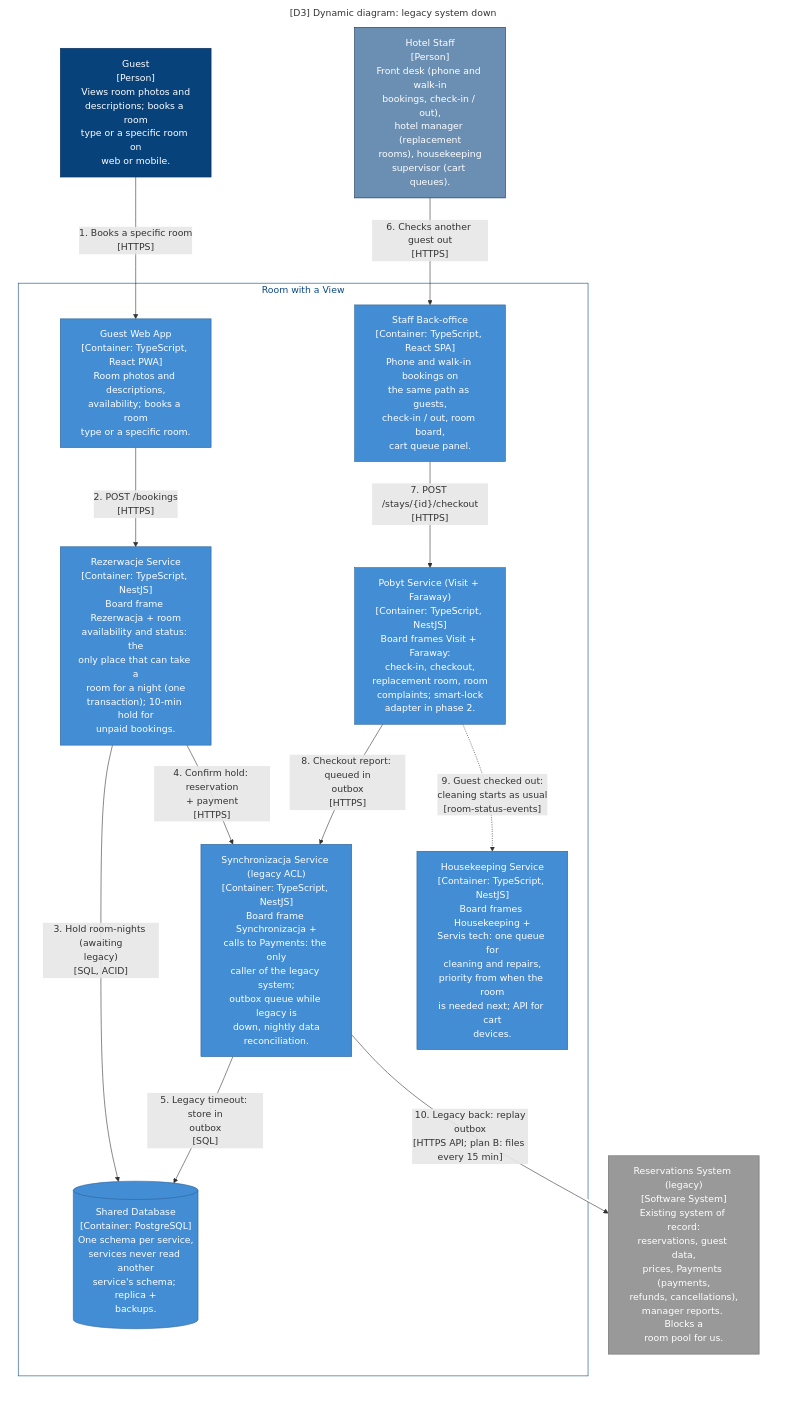
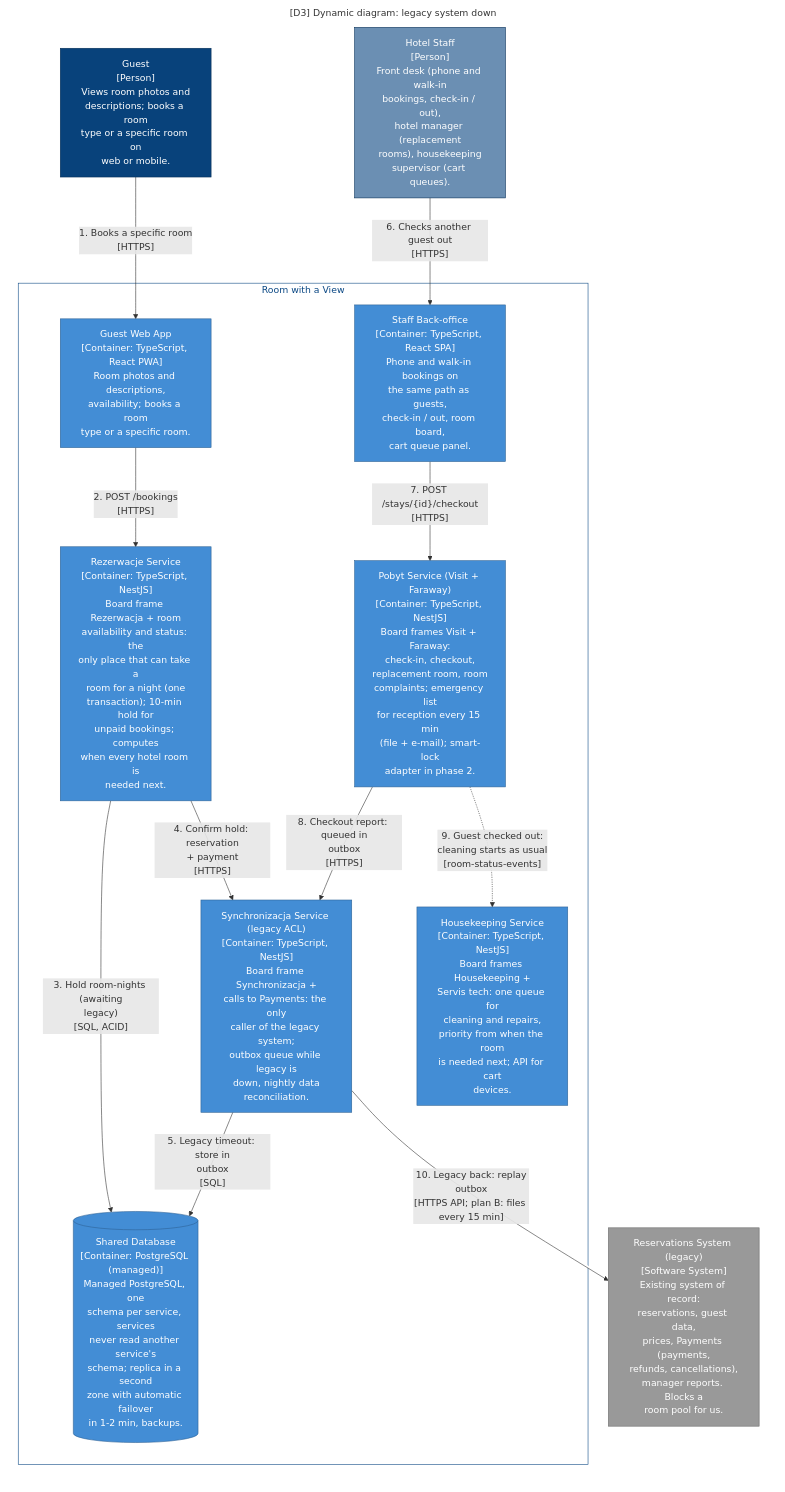
The diagram in zadanie/c4/out/mermaid-plain/D3-LegacyDown.mmd (patrykkarny/Kata-workshopAI), drawn with Mermaid before and after one commit. The commit also changed 21 other files, not shown here.

```diff
--- a/zadanie/c4/out/mermaid-plain/D3-LegacyDown.mmd
+++ b/zadanie/c4/out/mermaid-plain/D3-LegacyDown.mmd
@@ -1,44 +1,44 @@
 graph LR
   linkStyle default fill:#ffffff
 
   subgraph diagram ["[D3] Dynamic diagram: legacy system down"]
     style diagram fill:#ffffff,stroke:#ffffff
 
     subgraph 4 ["Room with a View"]
       style 4 fill:#ffffff,stroke:#0b4884,color:#0b4884
 
-      10["Pobyt Service (Visit + Faraway)<br/>[Container: TypeScript, NestJS]<br/>Board frames Visit + Faraway:<br/>check-in, checkout,<br/>replacement room, room<br/>complaints; smart-lock<br/>adapter in phase 2."]
+      10["Pobyt Service (Visit + Faraway)<br/>[Container: TypeScript, NestJS]<br/>Board frames Visit + Faraway:<br/>check-in, checkout,<br/>replacement room, room<br/>complaints; emergency list<br/>for reception every 15 min<br/>(file + e-mail); smart-lock<br/>adapter in phase 2."]
       style 10 fill:#438dd5,stroke:#2e6295,color:#ffffff
       11["Synchronizacja Service (legacy ACL)<br/>[Container: TypeScript, NestJS]<br/>Board frame Synchronizacja +<br/>calls to Payments: the only<br/>caller of the legacy system;<br/>outbox queue while legacy is<br/>down, nightly data<br/>reconciliation."]
       style 11 fill:#438dd5,stroke:#2e6295,color:#ffffff
-      13[("Shared Database<br/>[Container: PostgreSQL]<br/>One schema per service,<br/>services never read another<br/>service's schema; replica +<br/>backups.")]
+      13[("Shared Database<br/>[Container: PostgreSQL (managed)]<br/>Managed PostgreSQL, one<br/>schema per service, services<br/>never read another service's<br/>schema; replica in a second<br/>zone with automatic failover<br/>in 1-2 min, backups.")]
       style 13 fill:#438dd5,stroke:#2e6295,color:#ffffff
       5["Guest Web App<br/>[Container: TypeScript, React PWA]<br/>Room photos and descriptions,<br/>availability; books a room<br/>type or a specific room."]
       style 5 fill:#438dd5,stroke:#2e6295,color:#ffffff
       6["Staff Back-office<br/>[Container: TypeScript, React SPA]<br/>Phone and walk-in bookings on<br/>the same path as guests,<br/>check-in / out, room board,<br/>cart queue panel."]
       style 6 fill:#438dd5,stroke:#2e6295,color:#ffffff
-      8["Rezerwacje Service<br/>[Container: TypeScript, NestJS]<br/>Board frame Rezerwacja + room<br/>availability and status: the<br/>only place that can take a<br/>room for a night (one<br/>transaction); 10-min hold for<br/>unpaid bookings."]
+      8["Rezerwacje Service<br/>[Container: TypeScript, NestJS]<br/>Board frame Rezerwacja + room<br/>availability and status: the<br/>only place that can take a<br/>room for a night (one<br/>transaction); 10-min hold for<br/>unpaid bookings; computes<br/>when every hotel room is<br/>needed next."]
       style 8 fill:#438dd5,stroke:#2e6295,color:#ffffff
       9["Housekeeping Service<br/>[Container: TypeScript, NestJS]<br/>Board frames Housekeeping +<br/>Servis tech: one queue for<br/>cleaning and repairs,<br/>priority from when the room<br/>is needed next; API for cart<br/>devices."]
       style 9 fill:#438dd5,stroke:#2e6295,color:#ffffff
     end
 
     1["Guest<br/>[Person]<br/>Views room photos and<br/>descriptions; books a room<br/>type or a specific room on<br/>web or mobile."]
     style 1 fill:#08427b,stroke:#052e56,color:#ffffff
     2["Hotel Staff<br/>[Person]<br/>Front desk (phone and walk-in<br/>bookings, check-in / out),<br/>hotel manager (replacement<br/>rooms), housekeeping<br/>supervisor (cart queues)."]
     style 2 fill:#6b8fb3,stroke:#052e56,color:#ffffff
     15["Reservations System (legacy)<br/>[Software System]<br/>Existing system of record:<br/>reservations, guest data,<br/>prices, Payments (payments,<br/>refunds, cancellations),<br/>manager reports. Blocks a<br/>room pool for us."]
     style 15 fill:#999999,stroke:#6b6b6b,color:#ffffff
 
     1-- "1. Books a specific room<br/>[HTTPS]" -->5
     5-- "2. POST /bookings<br/>[HTTPS]" -->8
     8-- "3. Hold room-nights (awaiting<br/>legacy)<br/>[SQL, ACID]" -->13
     8-- "4. Confirm hold: reservation<br/>+ payment<br/>[HTTPS]" -->11
     11-- "5. Legacy timeout: store in<br/>outbox<br/>[SQL]" -->13
     2-- "6. Checks another guest out<br/>[HTTPS]" -->6
     6-- "7. POST /stays/{id}/checkout<br/>[HTTPS]" -->10
     10-- "8. Checkout report: queued in<br/>outbox<br/>[HTTPS]" -->11
     10-. "9. Guest checked out:<br/>cleaning starts as usual<br/>[room-status-events]" .->9
     11-- "10. Legacy back: replay<br/>outbox<br/>[HTTPS API; plan B: files every 15 min]" -->15
 
   end
```
